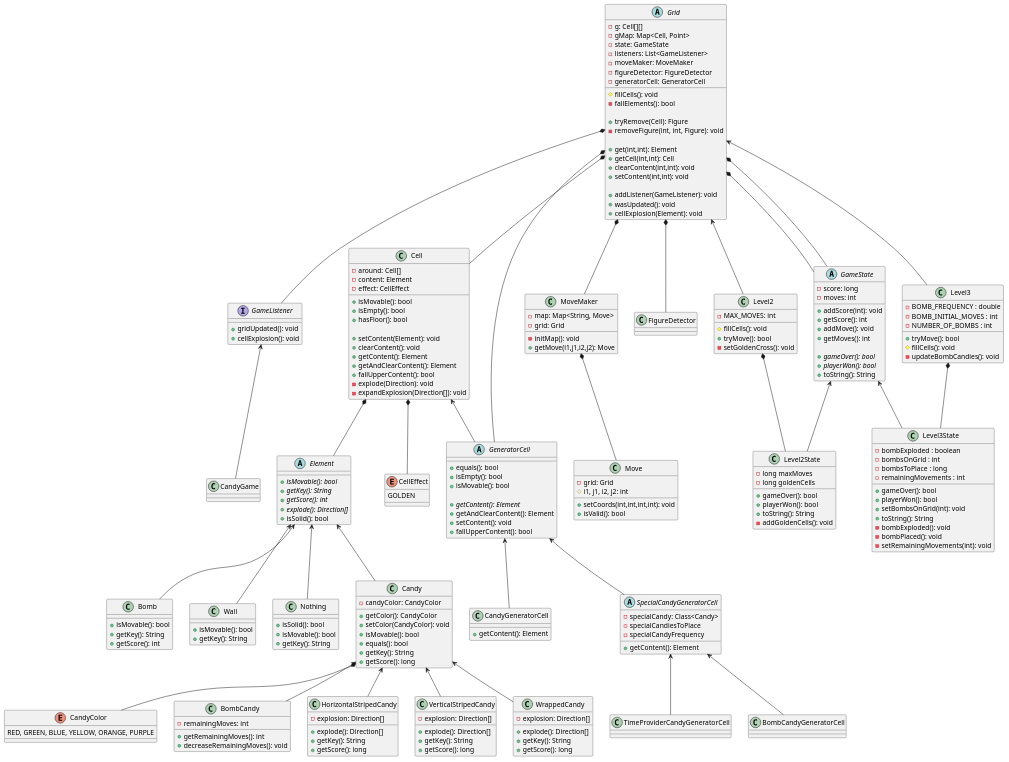
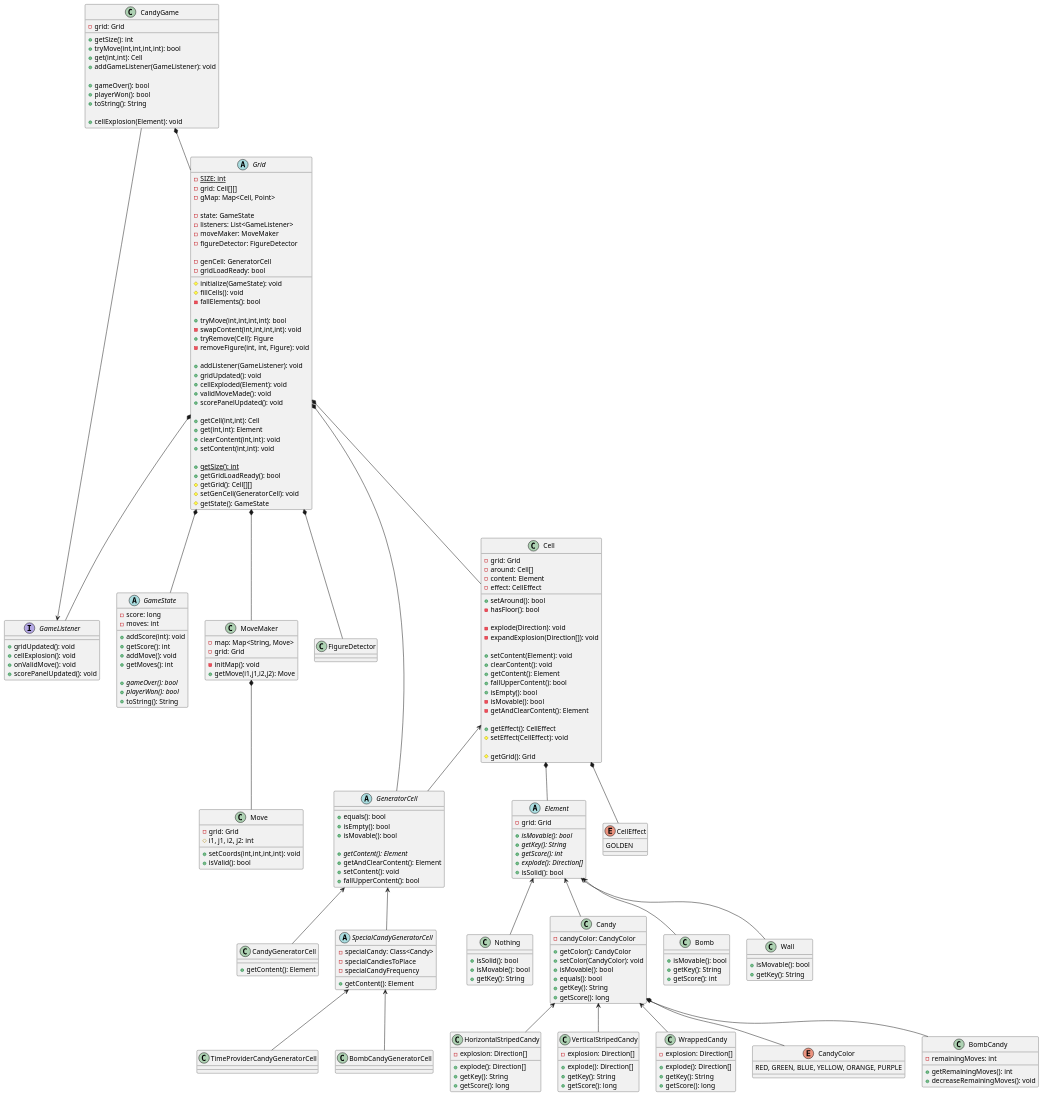
The diagram in src/game/backend/backend.plantuml (matiapa/itba-poo-final), drawn with PlantUML before and after one commit. The commit also changed 19 other files, not shown here.

```diff
--- a/src/game/backend/backend.plantuml
+++ b/src/game/backend/backend.plantuml
@@ -5,37 +5,66 @@
 'CandyGame'
 
 class CandyGame{
+ - grid: Grid
 
+ + getSize(): int
+ + tryMove(int,int,int,int): bool
+ + get(int,int): Cell
+ + addGameListener(GameListener): void
+
+ + gameOver(): bool
+ + playerWon(): bool
+ + toString(): String
+
+ + cellExplosion(Element): void
 }
+
+CandyGame *-- Grid
 
 GameListener <-- CandyGame
 
 
-' Grid'
+' Grid '
 
 abstract class Grid{
- - g: Cell[][]
+ - {static} SIZE: int
+ - grid: Cell[][]
  - gMap: Map<Cell, Point>
+
  - state: GameState
  - listeners: List<GameListener>
  - moveMaker: MoveMaker
  - figureDetector: FigureDetector
- - generatorCell: GeneratorCell
 
+ - genCell: GeneratorCell
+ - gridLoadReady: bool
+
+ # initialize(GameState): void
  # fillCells(): void
  - fallElements(): bool
 
+ + tryMove(int,int,int,int): bool
+ - swapContent(int,int,int,int): void
  + tryRemove(Cell): Figure
  - removeFigure(int, int, Figure): void
 
+ + addListener(GameListener): void
+ + gridUpdated(): void
+ + cellExploded(Element): void
+ + validMoveMade(): void
+ + scorePanelUpdated(): void
+
+ + getCell(int,int): Cell
  + get(int,int): Element
- + getCell(int,int): Cell
  + clearContent(int,int): void
  + setContent(int,int): void
 
- + addListener(GameListener): void
- + wasUpdated(): void
- + cellExplosion(Element): void
+ + {static} getSize(): int
+ + getGridLoadReady(): bool
+ # getGrid(): Cell[][]
+ # setGenCell(GeneratorCell): void
+ # getState(): GameState
+
 }
 
 Grid *-- Cell
@@ -61,14 +90,14 @@
  + toString(): String
 }
 
-Grid *-- GameState
-
 
 ' GameListener '
 
 interface GameListener{
  + gridUpdated(): void
  + cellExplosion(): void
+ + onValidMove(): void
+ + scorePanelUpdated(): void
 }
 
 
@@ -77,20 +106,29 @@
 ' Cell '
 
 class Cell{
+ - grid: Grid
  - around: Cell[]
  - content: Element
  - effect: CellEffect
- + isMovable(): bool
- + isEmpty(): bool
- + hasFloor(): bool
+
+ + setAround(): bool
+ - hasFloor(): bool
+
+ - explode(Direction): void
+ - expandExplosion(Direction[]): void
 
  + setContent(Element): void
  + clearContent(): void
  + getContent(): Element
- + getAndClearContent(): Element
  + fallUpperContent(): bool
- - explode(Direction): void
- - expandExplosion(Direction[]): void
+ + isEmpty(): bool
+ - isMovable(): bool
+ - getAndClearContent(): Element
+
+ + getEffect(): CellEffect
+ # setEffect(CellEffect): void
+
+ # getGrid(): Grid
 }
 
 Cell *-- Element
@@ -102,7 +140,6 @@
 enum CellEffect{
  GOLDEN
 }
-
 
 
 ' GeneratorCell '
@@ -130,7 +167,7 @@
 GeneratorCell <-- CandyGeneratorCell
 
 
-' SpecialGeneratorCell '
+' SpecialCandyGeneratorCell '
 
 abstract class SpecialCandyGeneratorCell{
  - specialCandy: Class<Candy>
@@ -166,6 +203,7 @@
 ' Element '
 
 abstract class Element{
+ - grid: Grid
  + {abstract} isMovable(): bool
  + {abstract} getKey(): String
  + {abstract} getScore(): int
@@ -304,67 +342,4 @@
 
 ' IRR ' Move *-- Grid
 
-
-' --------------- LEVELS --------------- '
-
-' Level2 '
-
-class Level2{
- - MAX_MOVES: int
- # fillCells(): void
- + tryMove(): bool
- - setGoldenCross(): void
-}
-
-Grid <-- Level2
-Level2 *-- Level2State
-
-
-' Level2State '
-
-class Level2State{
- - long maxMoves
- - long goldenCells
- + gameOver(): bool
- + playerWon(): bool
- + toString(): String
- - addGoldenCells(): void
-}
-
-GameState <-- Level2State
-
-
-' Level3 '
-
-class Level3 {
-  - BOMB_FREQUENCY : double
-  - BOMB_INITIAL_MOVES : int
-  - NUMBER_OF_BOMBS : int
-  + tryMove(): bool
-  # fillCells(): void
-  - updateBombCandies(): void
-}
-
-Grid <-- Level3
-Level3 *-- Level3State
-
-
-' Level3State'
-
-class Level3State {
-  - bombExploded : boolean
-  - bombsOnGrid : int
-  - bombsToPlace : long
-  - remainingMovements : int
-  + gameOver(): bool
-  + playerWon(): bool
-  + setBombsOnGrid(int): void
-  + toString(): String
-  - bombExploded(): void
-  - bombPlaced(): void
-  - setRemainingMovements(int): void
-}
-
-GameState <-- Level3State
-
 @enduml
```
